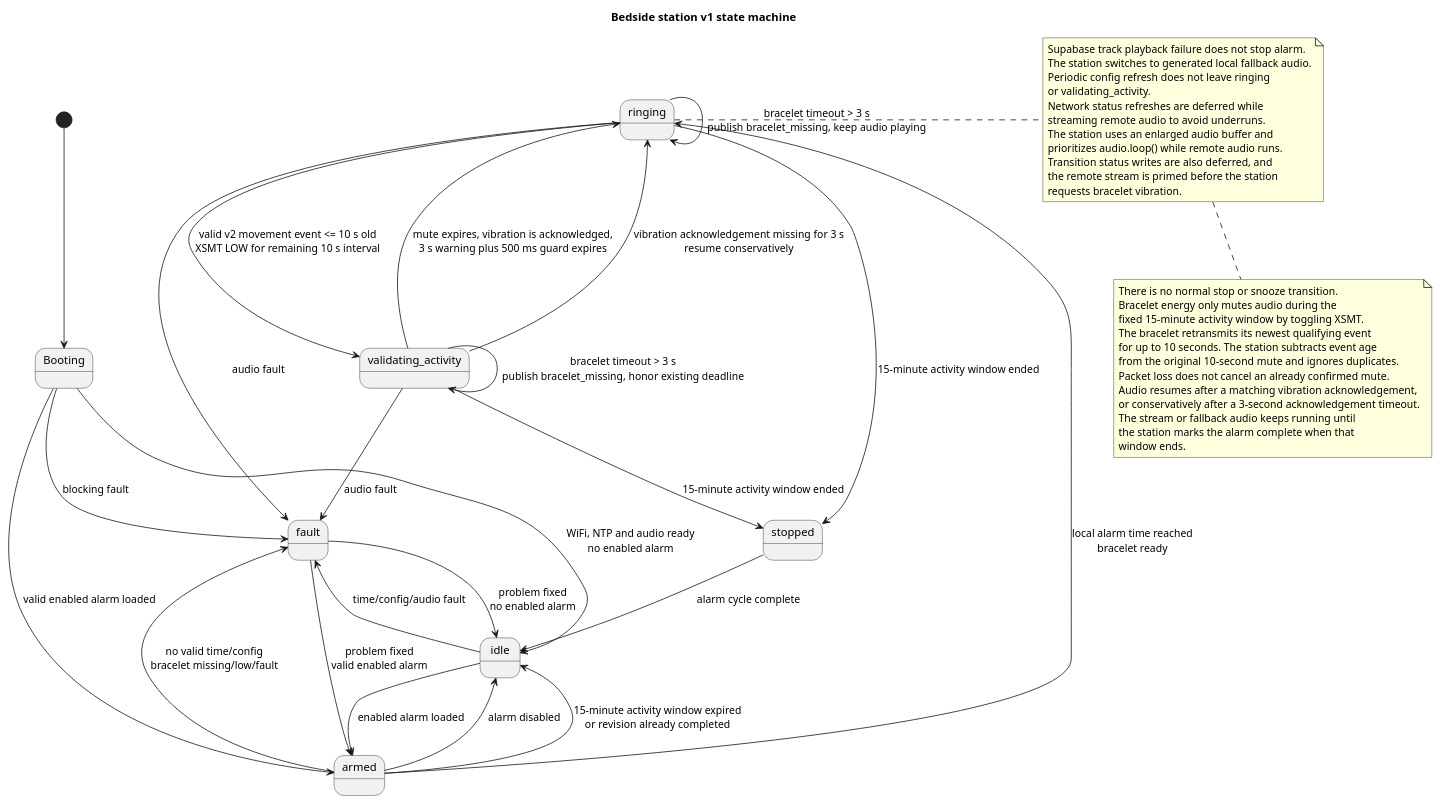
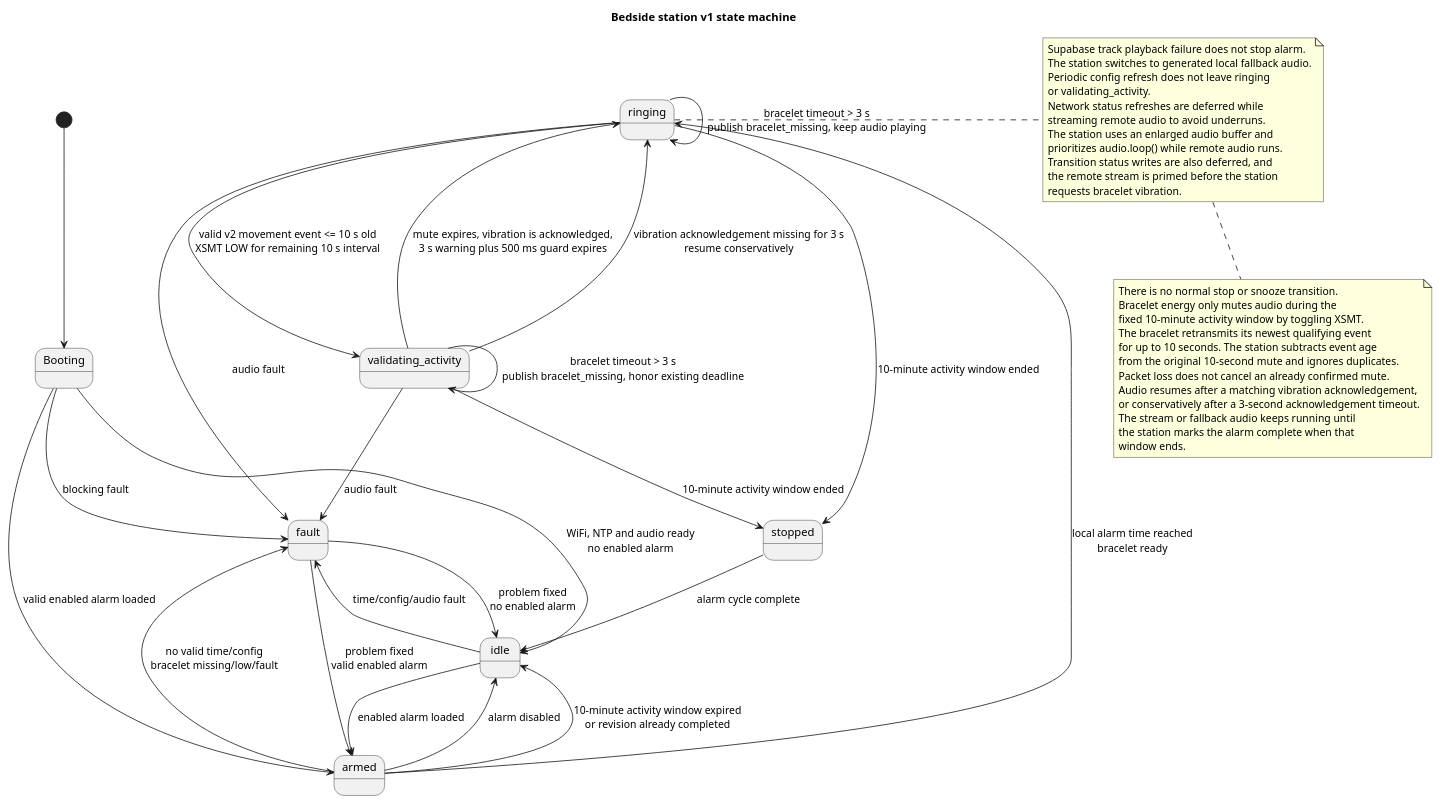
The diagram in code/boite hp/UML/station_state_machine.puml (Jzn-wbr/Starter), drawn with PlantUML before and after one commit. The commit also changed 12 other files, not shown here.

Commit message:
Reduce alarm activity window to 10 minutes

```diff
--- a/code/boite hp/UML/station_state_machine.puml
+++ b/code/boite hp/UML/station_state_machine.puml
@@ -1,62 +1,62 @@
 @startuml
 title Bedside station v1 state machine
 
 [*] --> Booting
 Booting --> idle : WiFi, NTP and audio ready\nno enabled alarm
 Booting --> armed : valid enabled alarm loaded
 Booting --> fault : blocking fault
 
 idle --> armed : enabled alarm loaded
 idle --> fault : time/config/audio fault
 
 armed --> idle : alarm disabled
 armed --> ringing : local alarm time reached\nbracelet ready
-armed --> idle : 15-minute activity window expired\nor revision already completed
+armed --> idle : 10-minute activity window expired\nor revision already completed
 armed --> fault : no valid time/config\nbracelet missing/low/fault
 
 ringing --> validating_activity : valid v2 movement event <= 10 s old\nXSMT LOW for remaining 10 s interval
-ringing --> stopped : 15-minute activity window ended
+ringing --> stopped : 10-minute activity window ended
 ringing --> ringing : bracelet timeout > 3 s\npublish bracelet_missing, keep audio playing
 ringing --> fault : audio fault
 
 validating_activity --> ringing : mute expires, vibration is acknowledged,\n3 s warning plus 500 ms guard expires
 validating_activity --> ringing : vibration acknowledgement missing for 3 s\nresume conservatively
 validating_activity --> validating_activity : bracelet timeout > 3 s\npublish bracelet_missing, honor existing deadline
-validating_activity --> stopped : 15-minute activity window ended
+validating_activity --> stopped : 10-minute activity window ended
 validating_activity --> fault : audio fault
 
 stopped --> idle : alarm cycle complete
 
 fault --> idle : problem fixed\nno enabled alarm
 fault --> armed : problem fixed\nvalid enabled alarm
 
 note right of ringing
 Supabase track playback failure does not stop alarm.
 The station switches to generated local fallback audio.
 Periodic config refresh does not leave ringing
 or validating_activity.
 Network status refreshes are deferred while
 streaming remote audio to avoid underruns.
 The station uses an enlarged audio buffer and
 prioritizes audio.loop() while remote audio runs.
 Transition status writes are also deferred, and
 the remote stream is primed before the station
 requests bracelet vibration.
 end note
 
 note bottom
 There is no normal stop or snooze transition.
 Bracelet energy only mutes audio during the
-fixed 15-minute activity window by toggling XSMT.
+fixed 10-minute activity window by toggling XSMT.
 The bracelet retransmits its newest qualifying event
 for up to 10 seconds. The station subtracts event age
 from the original 10-second mute and ignores duplicates.
 Packet loss does not cancel an already confirmed mute.
 Audio resumes after a matching vibration acknowledgement,
 or conservatively after a 3-second acknowledgement timeout.
 The stream or fallback audio keeps running until
 the station marks the alarm complete when that
 window ends.
 end note
 
 @enduml
```
